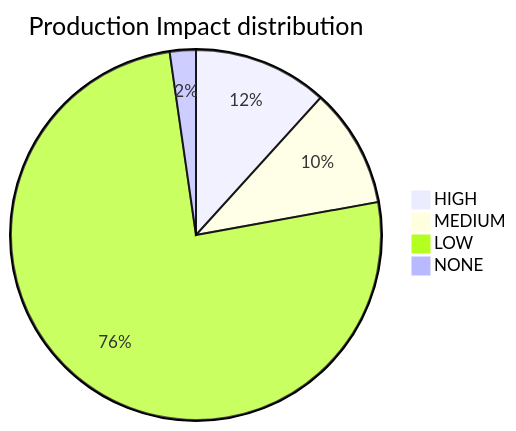
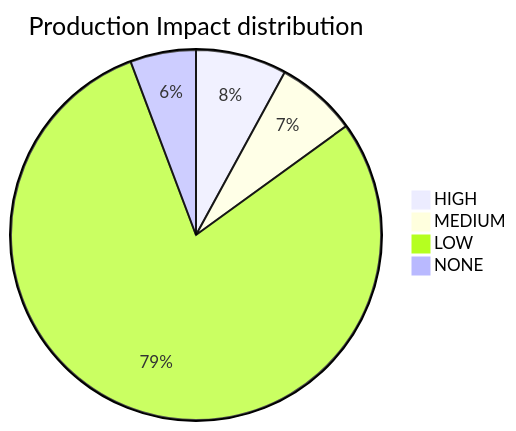
Diagram 11 of 14 in docs/10-governance/reports/HEALTH_AUDIT_LOG.md (mikeybeezy/goldenpath-idp-infra), drawn with Mermaid before and after one commit. The commit also changed other lines of this file and 36 other files, not shown here.

````diff
--- a/docs/10-governance/reports/HEALTH_AUDIT_LOG.md
+++ b/docs/10-governance/reports/HEALTH_AUDIT_LOG.md
@@ -896,7 +978,7 @@
 ```mermaid
 pie title Production Impact distribution
     "HIGH" : 36
     "MEDIUM" : 32
-    "LOW" : 232
-    "NONE" : 7
+    "LOW" : 359
+    "NONE" : 26
 ```
````
